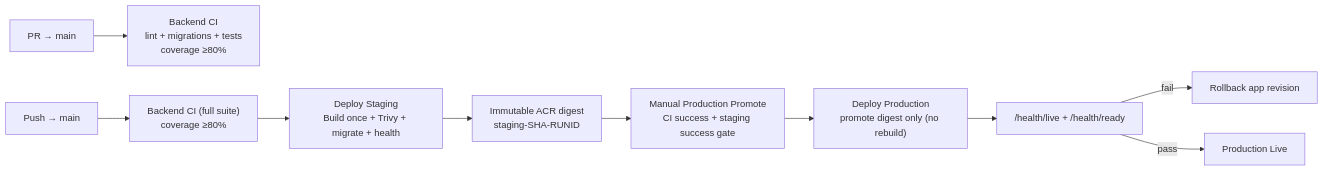
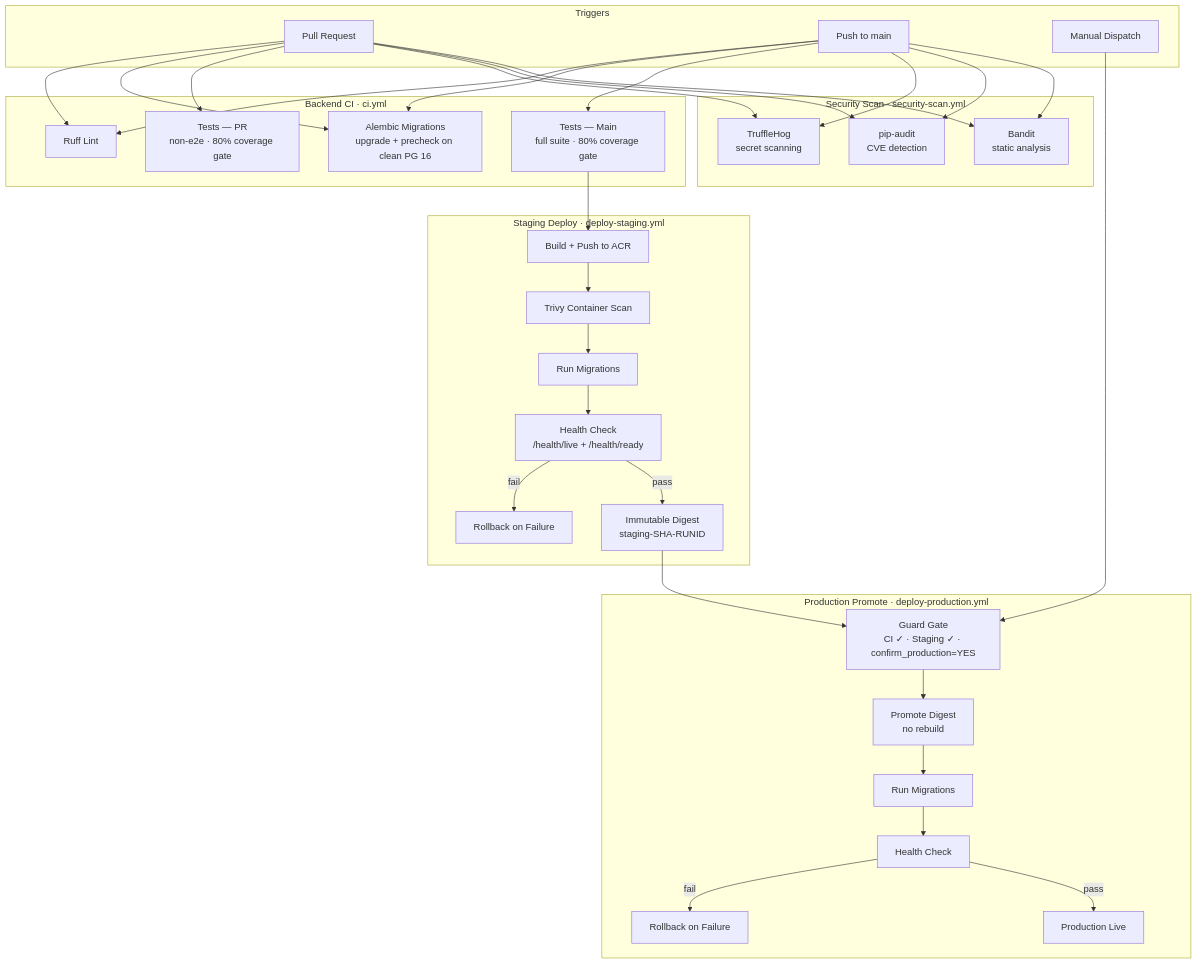
Before and after one commit to yslim-030622/ClearSplit: the second of 5 diagrams in README.md, drawn with Mermaid. The commit also changed other lines of this file and 18 other files, not shown here.

````diff
--- a/README.md
+++ b/README.md
@@ -69,12 +82,54 @@
 ```mermaid
-flowchart LR
-    PR["PR → main"] --> CIPR["Backend CI<br/>lint + migrations + tests<br/>coverage ≥80%"]
-    MainPush["Push → main"] --> CIMain["Backend CI (full suite)<br/>coverage ≥80%"]
-    CIMain --> StageDeploy["Deploy Staging<br/>Build once + Trivy + migrate + health"]
-    StageDeploy --> Proven["Immutable ACR digest<br/>staging-SHA-RUNID"]
-    Proven --> Promote["Manual Production Promote<br/>CI success + staging success gate"]
-    Promote --> ProdDeploy["Deploy Production<br/>promote digest only (no rebuild)"]
-    ProdDeploy --> Health["/health/live + /health/ready"]
-    Health -- "fail" --> Rollback["Rollback app revision"]
-    Health -- "pass" --> Live["Production Live"]
+flowchart TD
+    subgraph trigger["Triggers"]
+        PR["Pull Request"]
+        Push["Push to main"]
+        Manual["Manual Dispatch"]
+    end
+
+    subgraph ci["Backend CI · ci.yml"]
+        Lint["Ruff Lint"]
+        Migrate["Alembic Migrations<br/>upgrade + precheck on clean PG 16"]
+        TestPR["Tests — PR<br/>non-e2e · 80% coverage gate"]
+        TestMain["Tests — Main<br/>full suite · 80% coverage gate"]
+    end
+
+    subgraph security["Security Scan · security-scan.yml"]
+        TH["TruffleHog<br/>secret scanning"]
+        PA["pip-audit<br/>CVE detection"]
+        BN["Bandit<br/>static analysis"]
+    end
+
+    subgraph staging["Staging Deploy · deploy-staging.yml"]
+        Build["Build + Push to ACR"]
+        Trivy["Trivy Container Scan"]
+        StageMigrate["Run Migrations"]
+        StageHealth["Health Check<br/>/health/live + /health/ready"]
+        StageRollback["Rollback on Failure"]
+        Digest["Immutable Digest<br/>staging-SHA-RUNID"]
+    end
+
+    subgraph production["Production Promote · deploy-production.yml"]
+        Gate["Guard Gate<br/>CI ✓ · Staging ✓ · confirm_production=YES"]
+        Promote["Promote Digest<br/>no rebuild"]
+        ProdMigrate["Run Migrations"]
+        ProdHealth["Health Check"]
+        ProdRollback["Rollback on Failure"]
+        Live["Production Live"]
+    end
+
+    PR --> Lint & Migrate & TestPR
+    PR --> TH & PA & BN
+    Push --> Lint & Migrate & TestMain
+    Push --> TH & PA & BN
+    TestMain --> Build
+    Build --> Trivy --> StageMigrate --> StageHealth
+    StageHealth -- "fail" --> StageRollback
+    StageHealth -- "pass" --> Digest
+
+    Manual --> Gate
+    Digest --> Gate
+    Gate --> Promote --> ProdMigrate --> ProdHealth
+    ProdHealth -- "fail" --> ProdRollback
+    ProdHealth -- "pass" --> Live
 ```
````
